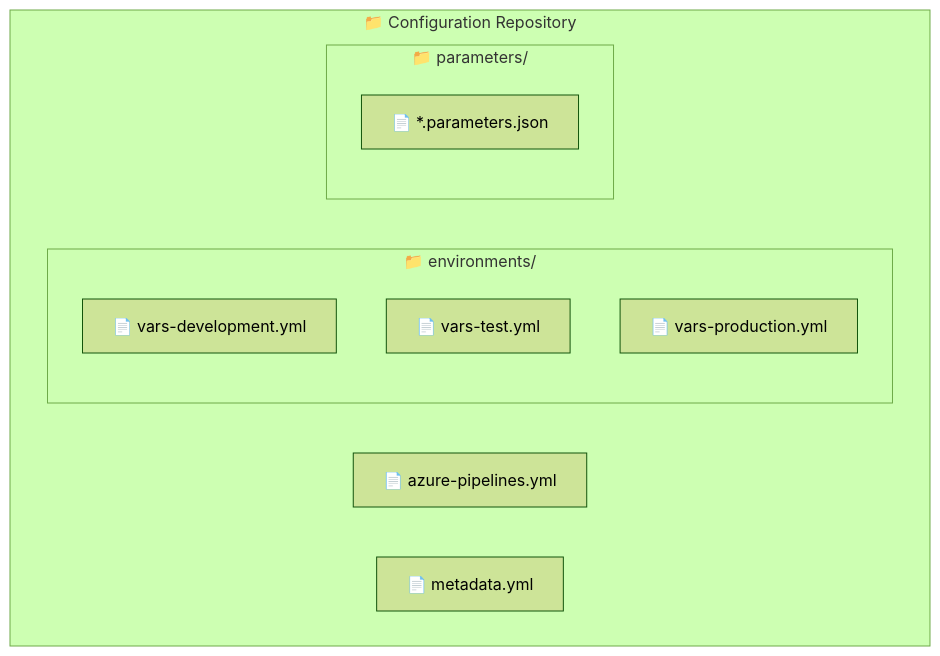
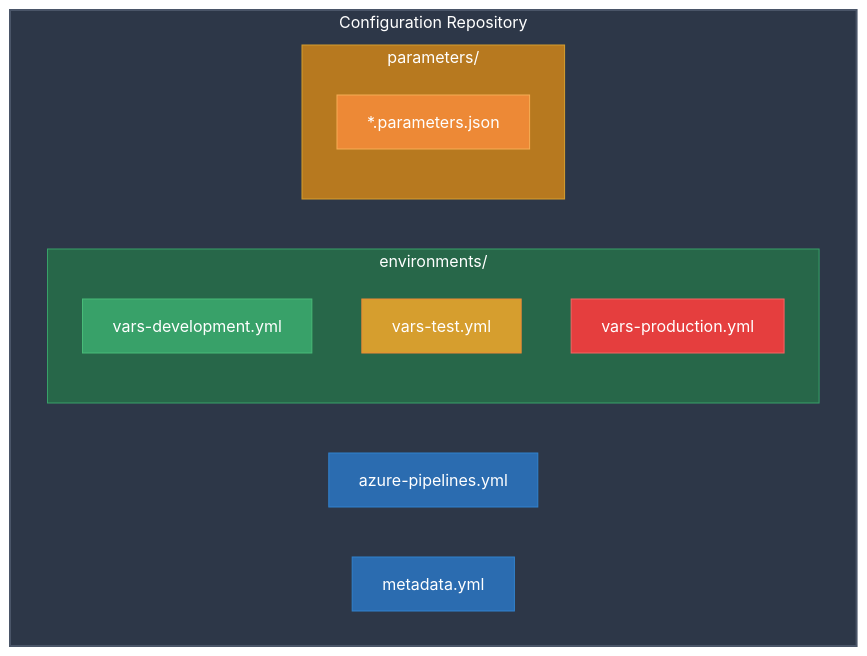
The fourth of 5 diagrams in docs/Release-Engine-Architecture-Design.md (thecloudexplorers/release-engine), drawn with Mermaid (forest theme) before and after one commit. The commit also changed other lines of this file, not shown here.

Commit message:
architecture design - tce

````diff
--- a/docs/Release-Engine-Architecture-Design.md
+++ b/docs/Release-Engine-Architecture-Design.md
@@ -356,17 +362,27 @@
 ```mermaid
 graph TB
-    subgraph Config["📁 Configuration Repository"]
-        Pipeline["📄 azure-pipelines.yml"]
-        Metadata["📄 metadata.yml"]
+    subgraph Config["Configuration Repository"]
+        Pipeline["azure-pipelines.yml"]
+        Metadata["metadata.yml"]
         
-        subgraph Environments["📁 environments/"]
-            DevVars["📄 vars-development.yml"]
-            TestVars["📄 vars-test.yml"]
-            ProdVars["📄 vars-production.yml"]
+        subgraph Environments["environments/"]
+            DevVars["vars-development.yml"]
+            TestVars["vars-test.yml"]
+            ProdVars["vars-production.yml"]
         end
         
-        subgraph Parameters["📁 parameters/"]
-            ParamFiles["📄 *.parameters.json"]
+        subgraph Parameters["parameters/"]
+            ParamFiles["*.parameters.json"]
         end
     end
+    
+    style Config fill:#2d3748,stroke:#4a5568,stroke-width:2px,color:#ffffff
+    style Environments fill:#276749,stroke:#38a169,stroke-width:1px,color:#ffffff
+    style Parameters fill:#b7791f,stroke:#d69e2e,stroke-width:1px,color:#ffffff
+    style Pipeline fill:#2b6cb0,stroke:#3182ce,stroke-width:1px,color:#ffffff
+    style Metadata fill:#2b6cb0,stroke:#3182ce,stroke-width:1px,color:#ffffff
+    style DevVars fill:#38a169,stroke:#48bb78,stroke-width:1px,color:#ffffff
+    style TestVars fill:#d69e2e,stroke:#ed8936,stroke-width:1px,color:#ffffff
+    style ProdVars fill:#e53e3e,stroke:#f56565,stroke-width:1px,color:#ffffff
+    style ParamFiles fill:#ed8936,stroke:#f6ad55,stroke-width:1px,color:#ffffff
 ```
````
